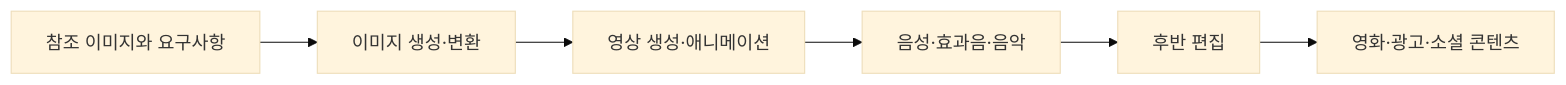
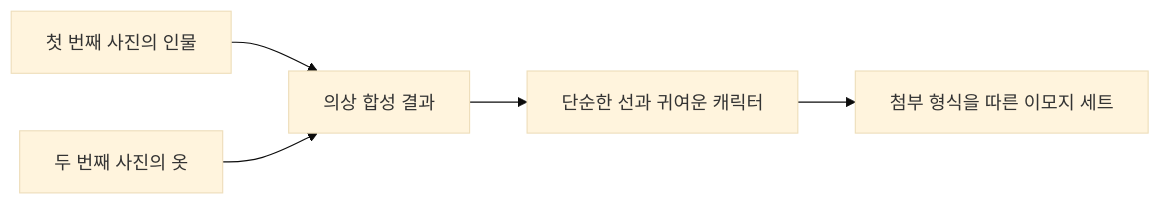
One commit to umyunsang/edu changed the first of 2 diagrams in ComputerScience/03_ai-ml-data/generative-ai-fine-tuning/notes/15. 멀티모달 생성 워크플로.md. Above: the diagram before and after it, drawn with Mermaid (base theme). The commit also changed other lines of this file, not shown here.

````diff
--- a/ComputerScience/03_ai-ml-data/generative-ai-fine-tuning/notes/15. 멀티모달 생성 워크플로.md
+++ b/ComputerScience/03_ai-ml-data/generative-ai-fine-tuning/notes/15. 멀티모달 생성 워크플로.md
@@ -24,8 +29,7 @@
 ```mermaid
 flowchart LR
-    A["참조 이미지와 요구사항"] --> B["이미지 생성·변환"]
-    B --> C["영상 생성·애니메이션"]
-    C --> D["음성·효과음·음악"]
-    D --> E["후반 편집"]
-    E --> F["영화·광고·소셜 콘텐츠"]
+    A["첫 번째 사진의 인물"] --> D["의상 합성 결과"]
+    B["두 번째 사진의 옷"] --> D
+    D --> E["단순한 선과 귀여운 캐릭터"]
+    E --> F["첨부 형식을 따른 이모지 세트"]
 ```
````
